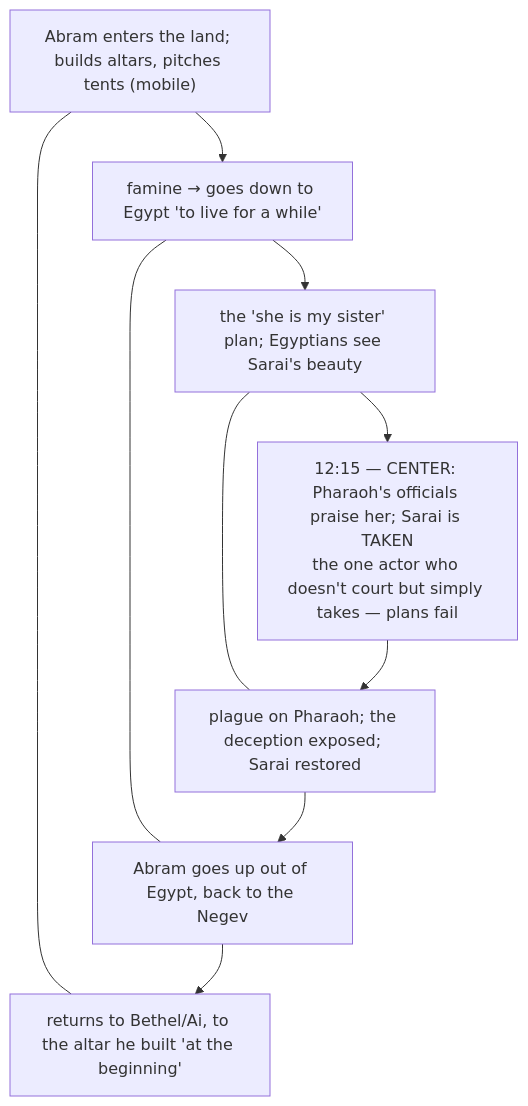
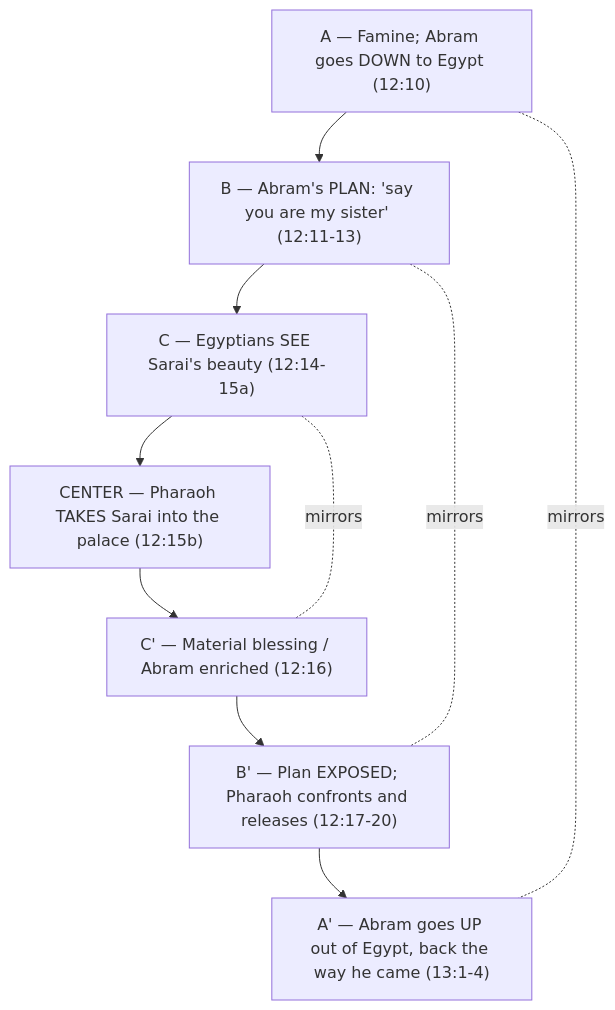
One commit to rmaloneycvg/bema changed the diagram in study-guides/1-9-letting-go.md. Above: the diagram before and after it, drawn with Mermaid. The commit also changed other lines of this file and 35 other files, not shown here.

````diff
--- a/study-guides/1-9-letting-go.md
+++ b/study-guides/1-9-letting-go.md
@@ -46,15 +83,16 @@
 ```mermaid
 flowchart TB
-    A1["Abram enters the land; builds altars, pitches tents (mobile)"]
-    B1["famine → goes down to Egypt 'to live for a while'"]
-    C1["the 'she is my sister' plan; Egyptians see Sarai's beauty"]
-    CENTER["12:15 — CENTER: Pharaoh's officials praise her; Sarai is TAKEN<br/>the one actor who doesn't court but simply takes — plans fail"]
-    C2["plague on Pharaoh; the deception exposed; Sarai restored"]
-    B2["Abram goes up out of Egypt, back to the Negev"]
-    A2["returns to Bethel/Ai, to the altar he built 'at the beginning'"]
+    A1["A — Famine; Abram goes DOWN to Egypt (12:10)"]
+    B1["B — Abram's PLAN: 'say you are my sister' (12:11-13)"]
+    C1["C — Egyptians SEE Sarai's beauty (12:14-15a)"]
+    D["CENTER — Pharaoh TAKES Sarai into the palace (12:15b)"]
+    C2["C' — Material blessing / Abram enriched (12:16)"]
+    B2["B' — Plan EXPOSED; Pharaoh confronts and releases (12:17-20)"]
+    A2["A' — Abram goes UP out of Egypt, back the way he came (13:1-4)"]
 
-    A1 --- A2
-    B1 --- B2
-    C1 --- C2
-    A1 --> B1 --> C1 --> CENTER --> C2 --> B2 --> A2
+    A1 --> B1 --> C1 --> D --> C2 --> B2 --> A2
+
+    A1 -.mirrors.- A2
+    B1 -.mirrors.- B2
+    C1 -.mirrors.- C2
 ```
````
